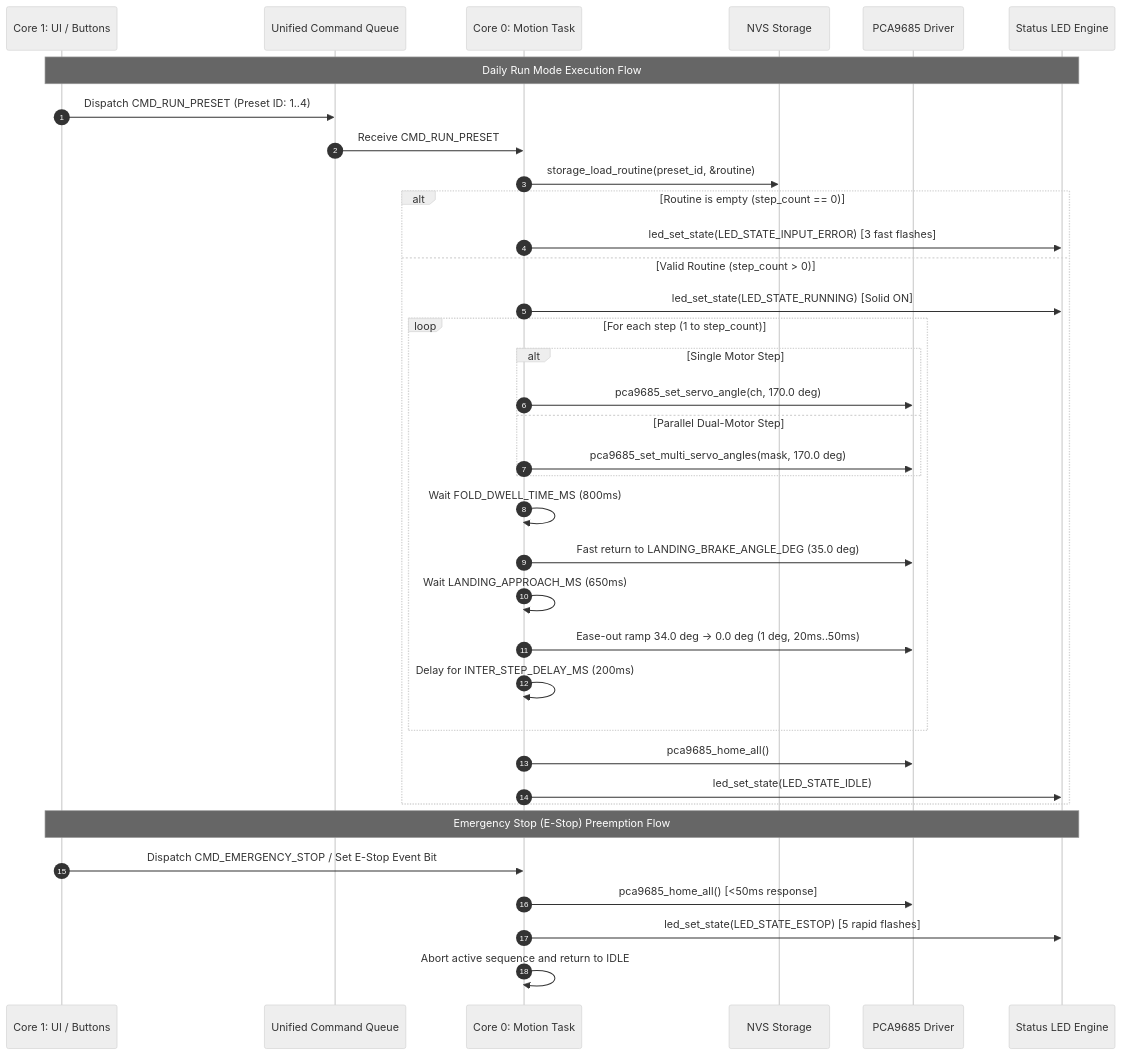
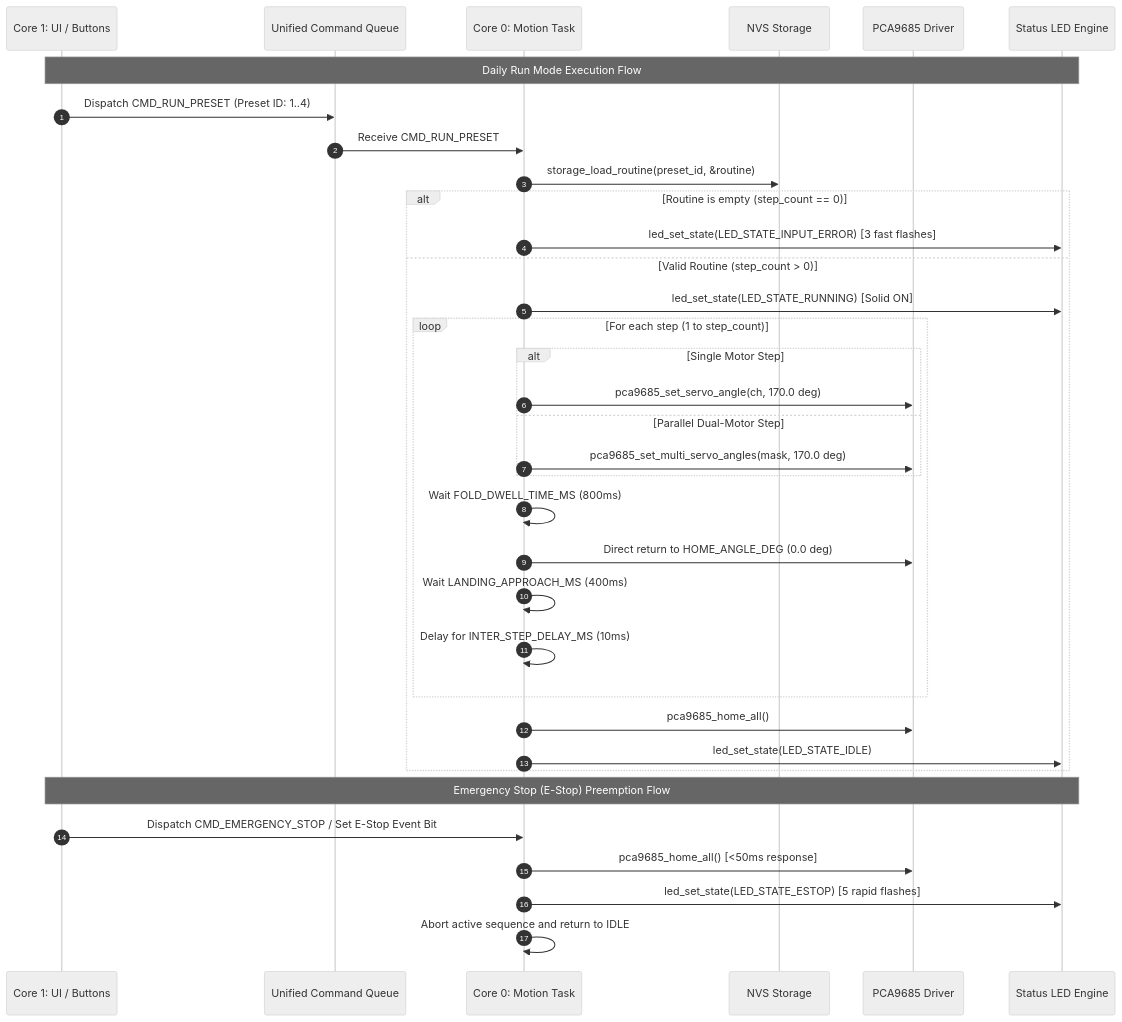
Before and after one commit to aiandrobotics/fabrica: the diagram in firmware/specs/2026-08-27-phase-5-motion-engine/requirements.md, drawn with Mermaid (neutral theme). The commit also changed other lines of this file and 51 other files, not shown here.

Commit message:
Migrate to ESP32-S3-DevKitC-1 zero-crossover pinout, update circuit diagrams, and optimize fold timing (800ms/400ms/10ms)

````diff
--- a/firmware/specs/2026-08-27-phase-5-motion-engine/requirements.md
+++ b/firmware/specs/2026-08-27-phase-5-motion-engine/requirements.md
@@ -75,40 +75,39 @@
 ```mermaid
 sequenceDiagram
     autonumber
     participant UI as Core 1: UI / Buttons
     participant Q as Unified Command Queue
     participant M as Core 0: Motion Task
     participant NVS as NVS Storage
     participant I2C as PCA9685 Driver
     participant LED as Status LED Engine
 
     Note over UI,LED: Daily Run Mode Execution Flow
     UI->>Q: Dispatch CMD_RUN_PRESET (Preset ID: 1..4)
     Q->>M: Receive CMD_RUN_PRESET
     M->>NVS: storage_load_routine(preset_id, &routine)
     alt Routine is empty (step_count == 0)
         M->>LED: led_set_state(LED_STATE_INPUT_ERROR) [3 fast flashes]
     else Valid Routine (step_count > 0)
         M->>LED: led_set_state(LED_STATE_RUNNING) [Solid ON]
         loop For each step (1 to step_count)
             alt Single Motor Step
                 M->>I2C: pca9685_set_servo_angle(ch, 170.0 deg)
             else Parallel Dual-Motor Step
                 M->>I2C: pca9685_set_multi_servo_angles(mask, 170.0 deg)
             end
             M->>M: Wait FOLD_DWELL_TIME_MS (800ms)
-            M->>I2C: Fast return to LANDING_BRAKE_ANGLE_DEG (35.0 deg)
-            M->>M: Wait LANDING_APPROACH_MS (650ms)
-            M->>I2C: Ease-out ramp 34.0 deg -> 0.0 deg (1 deg, 20ms..50ms)
-            M->>M: Delay for INTER_STEP_DELAY_MS (200ms)
+            M->>I2C: Direct return to HOME_ANGLE_DEG (0.0 deg)
+            M->>M: Wait LANDING_APPROACH_MS (400ms)
+            M->>M: Delay for INTER_STEP_DELAY_MS (10ms)
         end
         M->>I2C: pca9685_home_all()
         M->>LED: led_set_state(LED_STATE_IDLE)
     end
 
     Note over UI,LED: Emergency Stop (E-Stop) Preemption Flow
     UI->>M: Dispatch CMD_EMERGENCY_STOP / Set E-Stop Event Bit
     M->>I2C: pca9685_home_all() [<50ms response]
     M->>LED: led_set_state(LED_STATE_ESTOP) [5 rapid flashes]
     M->>M: Abort active sequence and return to IDLE
 ```
````
